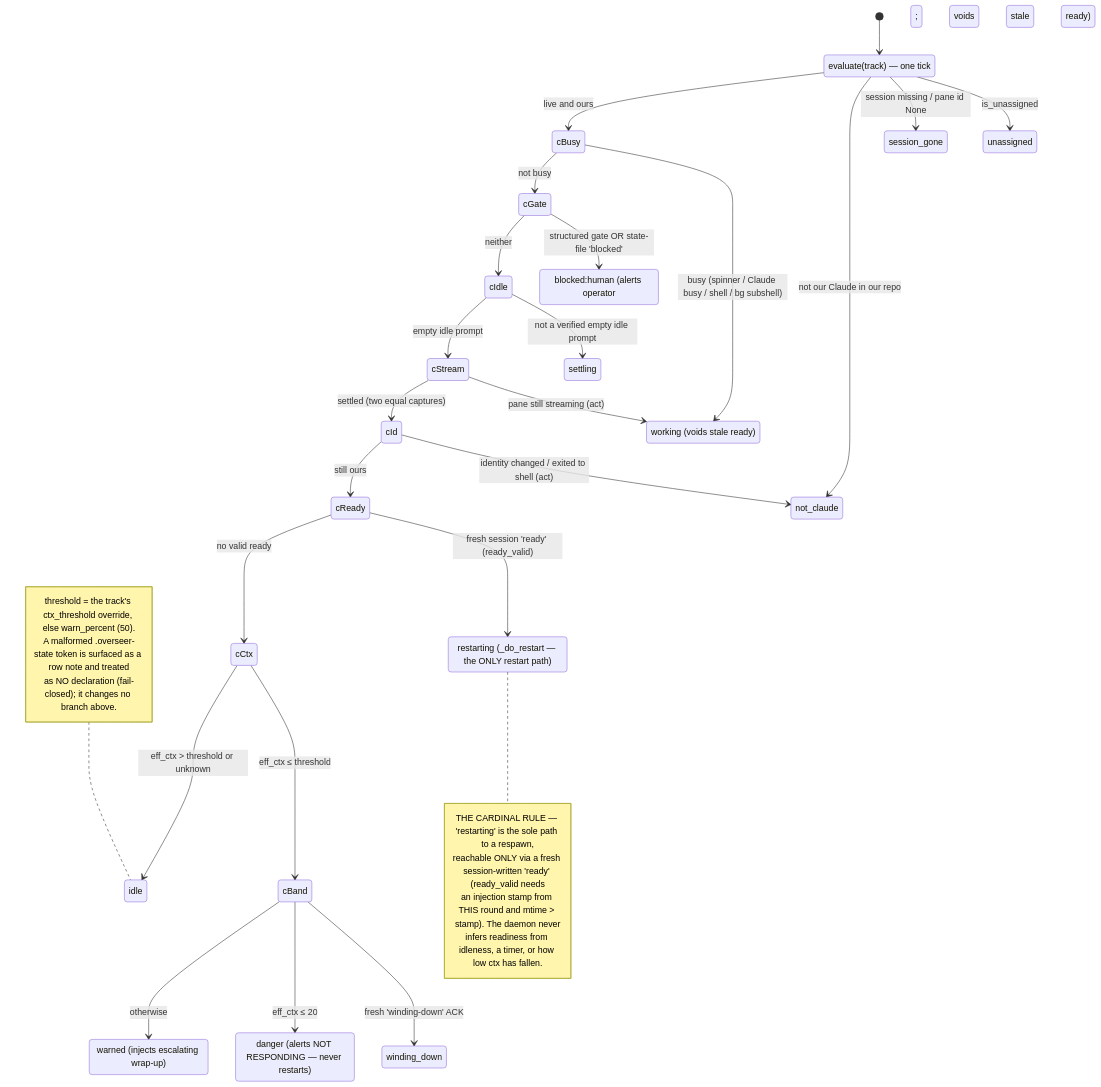
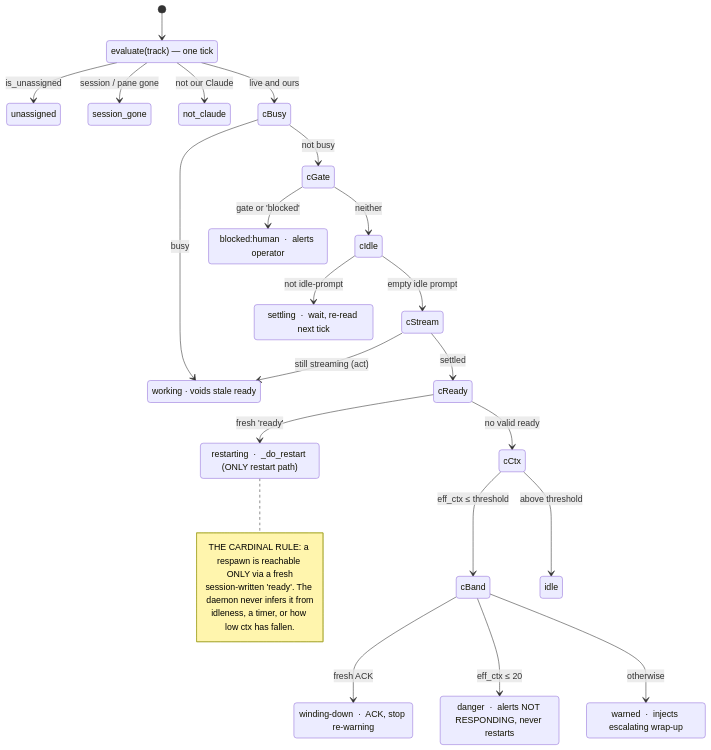
The diagram in .claude/skills/overseer/AGENTS.md (thewoolleyman/livespec), drawn with Mermaid before and after one commit. The commit also changed other lines of this file, not shown here.

Commit message:
docs(overseer): fix the evaluate() state-machine diagram render
The first cut (PR #1280) rendered with garbage nodes: mermaid treats `;` as a
statement separator, so `blocked:human (alerts operator; voids stale ready)` was
split mid-description into stray `;` / `voids` / `stale` / `ready` nodes. Parse
validation passed because it was syntactically valid nonsense — only an actual
render exposed it.

Fixes, verified by rendering to PNG with mermaid-cli:
- no semicolons in any label (use ` · ` for the side-effect suffix);
- shorten the two oversized notes to one legible cardinal-rule note;
- fold the post-settle TOCTOU identity re-check into prose (it dangled a long
  crossing edge back to not_claude), and move the threshold / malformed-token
  reading notes to prose.

The diagram now lays out as a clean top-down decision tree.

````diff
--- a/.claude/skills/overseer/AGENTS.md
+++ b/.claude/skills/overseer/AGENTS.md
@@ -56,64 +56,55 @@
 ```mermaid
 stateDiagram-v2
     direction TB
 
     [*] --> tick
     state "evaluate(track) — one tick" as tick
 
     tick --> unassigned: is_unassigned
-    tick --> session_gone: session missing / pane id None
-    tick --> not_claude: not our Claude in our repo
+    tick --> session_gone: session / pane gone
+    tick --> not_claude: not our Claude
     tick --> cBusy: live and ours
 
     state cBusy <<choice>>
-    cBusy --> working: busy (spinner / Claude busy / shell / bg subshell)
+    cBusy --> working: busy
     cBusy --> cGate: not busy
 
     state cGate <<choice>>
-    cGate --> blocked_human: structured gate OR state-file 'blocked'
+    cGate --> blocked_human: gate or 'blocked'
     cGate --> cIdle: neither
 
     state cIdle <<choice>>
-    cIdle --> settling: not a verified empty idle prompt
+    cIdle --> settling: not idle-prompt
     cIdle --> cStream: empty idle prompt
 
     state cStream <<choice>>
-    cStream --> working: pane still streaming (act)
-    cStream --> cId: settled (two equal captures)
-
-    state cId <<choice>>
-    cId --> not_claude: identity changed / exited to shell (act)
-    cId --> cReady: still ours
+    cStream --> working: still streaming (act)
+    cStream --> cReady: settled
 
     state cReady <<choice>>
-    cReady --> restarting: fresh session 'ready' (ready_valid)
+    cReady --> restarting: fresh 'ready'
     cReady --> cCtx: no valid ready
 
     state cCtx <<choice>>
     cCtx --> cBand: eff_ctx ≤ threshold
-    cCtx --> idle: eff_ctx > threshold or unknown
+    cCtx --> idle: above threshold
 
     state cBand <<choice>>
-    cBand --> winding_down: fresh 'winding-down' ACK
+    cBand --> winding_down: fresh ACK
     cBand --> danger: eff_ctx ≤ 20
     cBand --> warned: otherwise
 
-    working: working (voids stale ready)
-    blocked_human: blocked:human (alerts operator; voids stale ready)
-    restarting: restarting (_do_restart — the ONLY restart path)
-    warned: warned (injects escalating wrap-up)
-    danger: danger (alerts NOT RESPONDING — never restarts)
+    working: working  ·  voids stale ready
+    blocked_human: blocked:human  ·  alerts operator
+    settling: settling  ·  wait, re-read next tick
+    restarting: restarting  ·  _do_restart (ONLY restart path)
+    warned: warned  ·  injects escalating wrap-up
+    danger: danger  ·  alerts NOT RESPONDING, never restarts
+    winding_down: winding-down  ·  ACK, stop re-warning
 
     note right of restarting
-      THE CARDINAL RULE — 'restarting' is the sole path to a respawn,
-      reachable ONLY via a fresh session-written 'ready' (ready_valid needs
-      an injection stamp from THIS round and mtime > stamp). The daemon never
-      infers readiness from idleness, a timer, or how low ctx has fallen.
-    end note
-
-    note left of idle
-      threshold = the track's ctx_threshold override, else warn_percent (50).
-      A malformed .overseer-state token is surfaced as a row note and treated
-      as NO declaration (fail-closed); it changes no branch above.
+      THE CARDINAL RULE: a respawn is reachable ONLY via a fresh
+      session-written 'ready'. The daemon never infers it from
+      idleness, a timer, or how low ctx has fallen.
     end note
 ```
````
